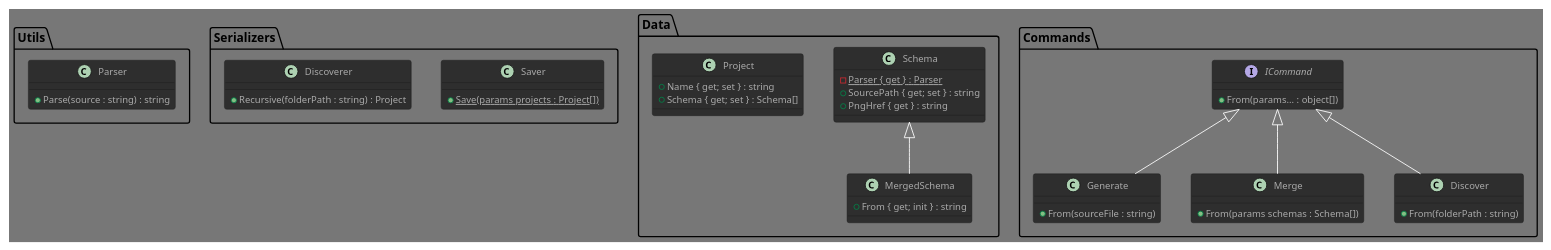
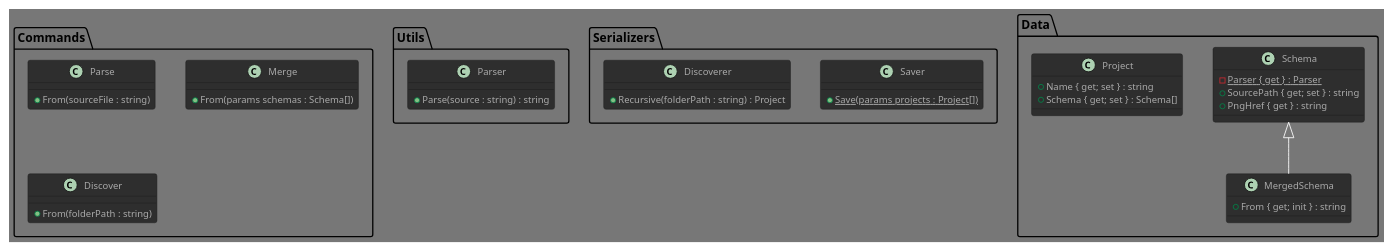
Before and after one commit to GlazKrovi/PumlPlaner: the diagram in PumlSchemasManager/lib.puml, drawn with PlantUML. The commit also changed 8 other files, not shown here.

```diff
--- a/PumlSchemasManager/lib.puml
+++ b/PumlSchemasManager/lib.puml
@@ -1,62 +1,54 @@
 @startuml PumlSchemasManager
 
 !theme reddress-darkgreen
 
 package "Utils" {
     class Parser {
         + Parse(source : string) : string
     }
 }
 
 package "Serializers" {
     class Saver {
         + {static} Save(params projects : Project[])
     }
 
     class Discoverer {
         + Recursive(folderPath : string) : Project
     }
 }
 
 package "Data" {
     class Schema {
         - {static} Parser { get } : Parser
         + SourcePath { get; set } : string
         + PngHref { get } : string
     }
 
     class MergedSchema {
         + From { get; init } : string
     }
 
     class Project {
         + Name { get; set } : string
         + Schema { get; set } : Schema[]
     }
 
     Schema <|-- MergedSchema
 }
 
 package "Commands" {
-    interface ICommand {
-        + From(params... : object[])
-    }
-
-    class Generate {
+    class Parse {
         + From(sourceFile : string)
     }
 
     class Merge {
         + From(params schemas : Schema[])
     }
 
     class Discover {
         + From(folderPath : string)
     }
-
-    ICommand <|-- Generate
-    ICommand <|-- Merge
-    ICommand <|-- Discover
 }
 
 @enduml
```
